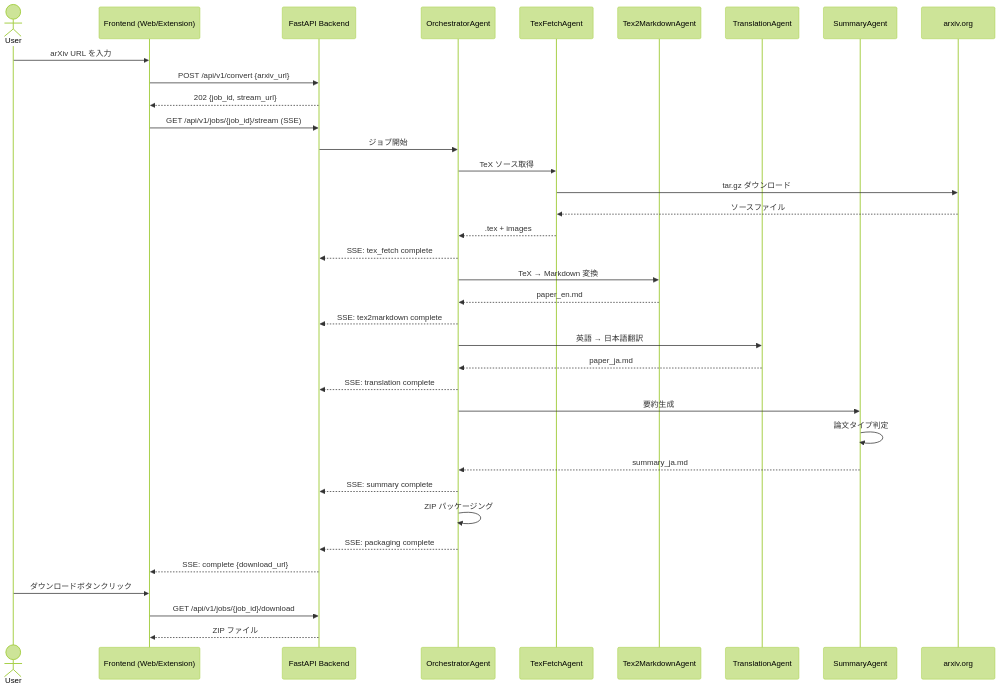
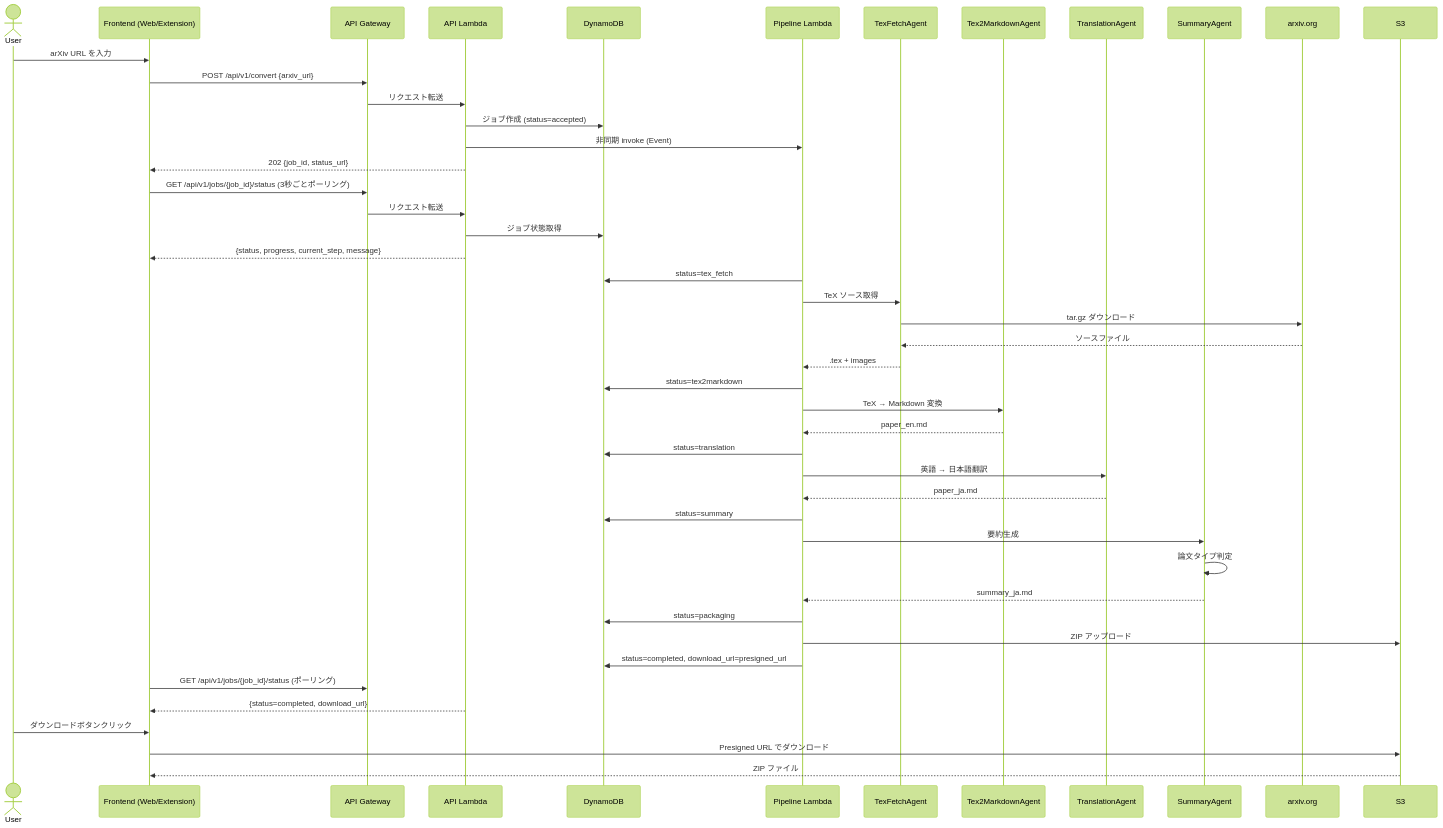
The diagram in docs/SPEC.md (JohnYKiyo/ArxivSummaryChromeExtension), drawn with Mermaid (forest theme) before and after one commit. The commit also changed other lines of this file and 32 other files, not shown here.

First line of the commit message:
refactor: ECS Fargate + SSE から Lambda + ポーリングへ移行しコスト $70/月→$0.20/月に削減

````diff
--- a/docs/SPEC.md
+++ b/docs/SPEC.md
@@ -251,45 +269,57 @@
 ```mermaid
 sequenceDiagram
     actor User
     participant FE as Frontend (Web/Extension)
-    participant API as FastAPI Backend
-    participant Orch as OrchestratorAgent
+    participant APIGW as API Gateway
+    participant ApiLambda as API Lambda
+    participant DDB as DynamoDB
+    participant PipeLambda as Pipeline Lambda
     participant TF as TexFetchAgent
     participant T2M as Tex2MarkdownAgent
     participant TR as TranslationAgent
     participant SM as SummaryAgent
     participant ArXiv as arxiv.org
+    participant S3 as S3
 
     User->>FE: arXiv URL を入力
-    FE->>API: POST /api/v1/convert {arxiv_url}
-    API-->>FE: 202 {job_id, stream_url}
-    FE->>API: GET /api/v1/jobs/{job_id}/stream (SSE)
+    FE->>APIGW: POST /api/v1/convert {arxiv_url}
+    APIGW->>ApiLambda: リクエスト転送
+    ApiLambda->>DDB: ジョブ作成 (status=accepted)
+    ApiLambda->>PipeLambda: 非同期 invoke (Event)
+    ApiLambda-->>FE: 202 {job_id, status_url}
 
-    API->>Orch: ジョブ開始
-    Orch->>TF: TeX ソース取得
+    FE->>APIGW: GET /api/v1/jobs/{job_id}/status (3秒ごとポーリング)
+    APIGW->>ApiLambda: リクエスト転送
+    ApiLambda->>DDB: ジョブ状態取得
+    ApiLambda-->>FE: {status, progress, current_step, message}
+
+    PipeLambda->>DDB: status=tex_fetch
+    PipeLambda->>TF: TeX ソース取得
     TF->>ArXiv: tar.gz ダウンロード
     ArXiv-->>TF: ソースファイル
-    TF-->>Orch: .tex + images
-    Orch-->>API: SSE: tex_fetch complete
+    TF-->>PipeLambda: .tex + images
 
-    Orch->>T2M: TeX → Markdown 変換
-    T2M-->>Orch: paper_en.md
-    Orch-->>API: SSE: tex2markdown complete
+    PipeLambda->>DDB: status=tex2markdown
+    PipeLambda->>T2M: TeX → Markdown 変換
+    T2M-->>PipeLambda: paper_en.md
 
-    Orch->>TR: 英語 → 日本語翻訳
-    TR-->>Orch: paper_ja.md
-    Orch-->>API: SSE: translation complete
+    PipeLambda->>DDB: status=translation
+    PipeLambda->>TR: 英語 → 日本語翻訳
+    TR-->>PipeLambda: paper_ja.md
 
-    Orch->>SM: 要約生成
+    PipeLambda->>DDB: status=summary
+    PipeLambda->>SM: 要約生成
     SM->>SM: 論文タイプ判定
-    SM-->>Orch: summary_ja.md
-    Orch-->>API: SSE: summary complete
+    SM-->>PipeLambda: summary_ja.md
 
-    Orch->>Orch: ZIP パッケージング
-    Orch-->>API: SSE: packaging complete
-    API-->>FE: SSE: complete {download_url}
+    PipeLambda->>DDB: status=packaging
+    PipeLambda->>S3: ZIP アップロード
+    PipeLambda->>DDB: status=completed, download_url=presigned_url
+
+    FE->>APIGW: GET /api/v1/jobs/{job_id}/status (ポーリング)
+    ApiLambda-->>FE: {status=completed, download_url}
 
     User->>FE: ダウンロードボタンクリック
-    FE->>API: GET /api/v1/jobs/{job_id}/download
-    API-->>FE: ZIP ファイル
+    FE->>S3: Presigned URL でダウンロード
+    S3-->>FE: ZIP ファイル
 ```
````
